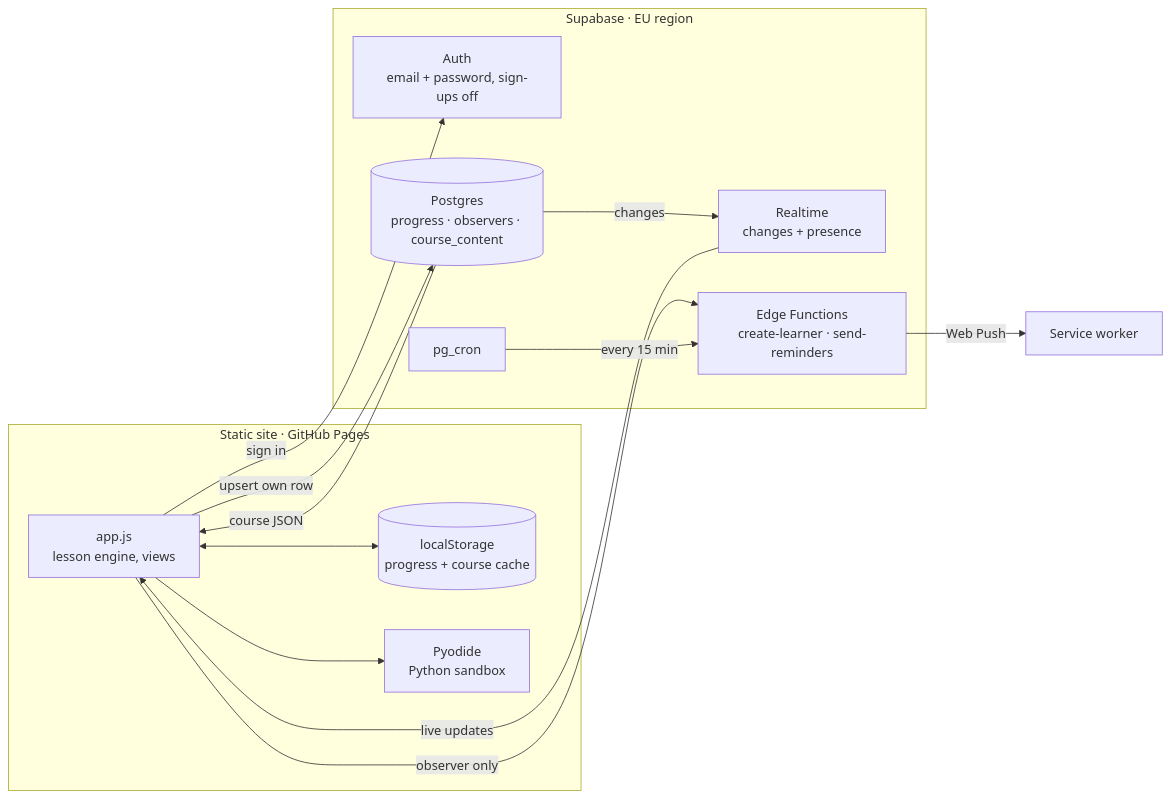
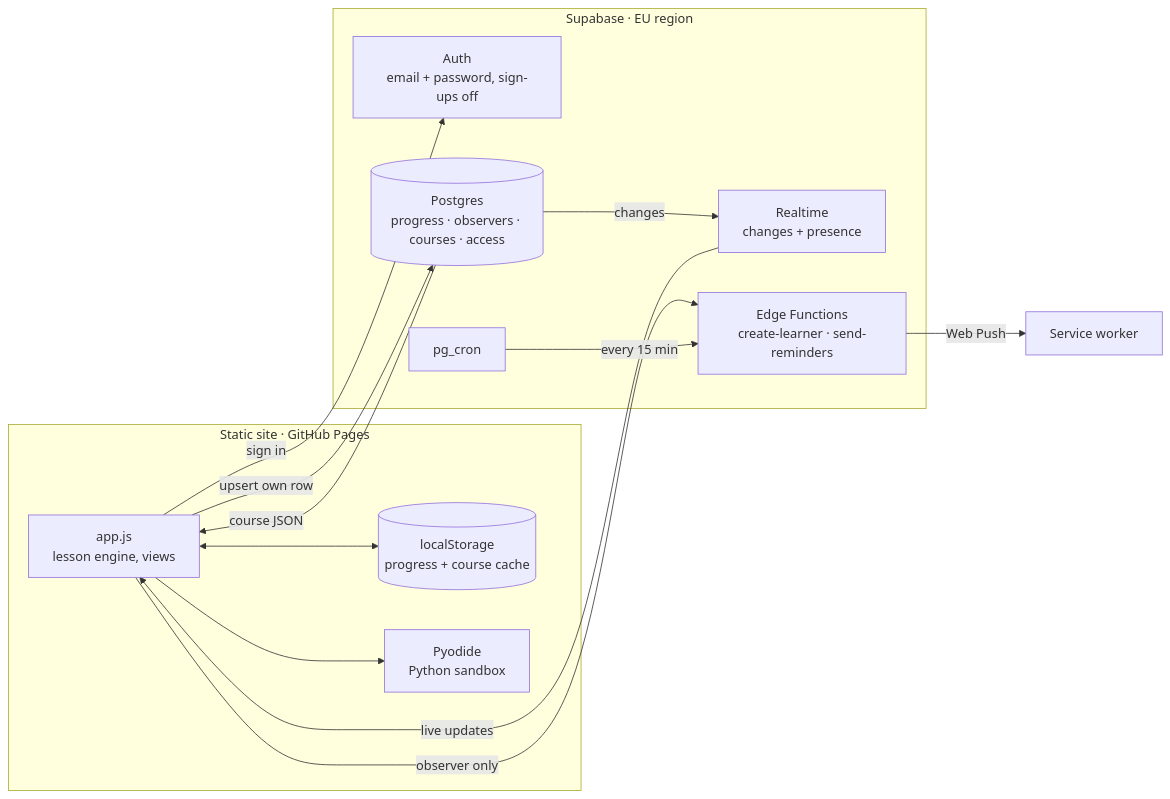
One commit to RuslanBaatyrbekov/pulse-learning changed the diagram in README.md. Above: the diagram before and after it, drawn with Mermaid. The commit also changed other lines of this file and 8 other files, not shown here.

````diff
--- a/README.md
+++ b/README.md
@@ -53,25 +54,25 @@
 ```mermaid
 flowchart LR
     subgraph Client["Static site · GitHub Pages"]
         UI[app.js<br/>lesson engine, views]
         LS[(localStorage<br/>progress + course cache)]
         PY[Pyodide<br/>Python sandbox]
     end
 
     subgraph Supabase["Supabase · EU region"]
         AUTH[Auth<br/>email + password, sign-ups off]
-        PG[(Postgres<br/>progress · observers · course_content)]
+        PG[(Postgres<br/>progress · observers · courses · access)]
         RT[Realtime<br/>changes + presence]
         FN[Edge Functions<br/>create-learner · send-reminders]
         CRON[pg_cron]
     end
 
     UI <--> LS
     UI --> PY
     UI -- sign in --> AUTH
     UI -- upsert own row --> PG
     PG -- course JSON --> UI
     PG -- changes --> RT -- live updates --> UI
     UI -- observer only --> FN
     CRON -- every 15 min --> FN -- Web Push --> SW[Service worker]
 ```
````
